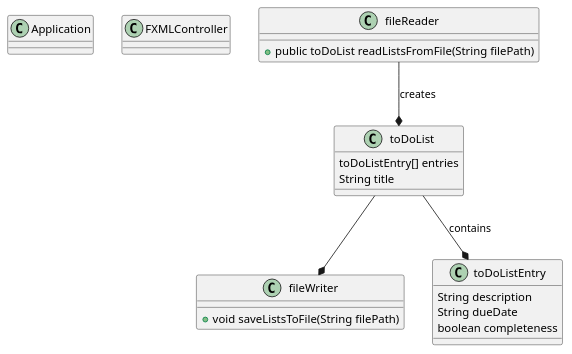
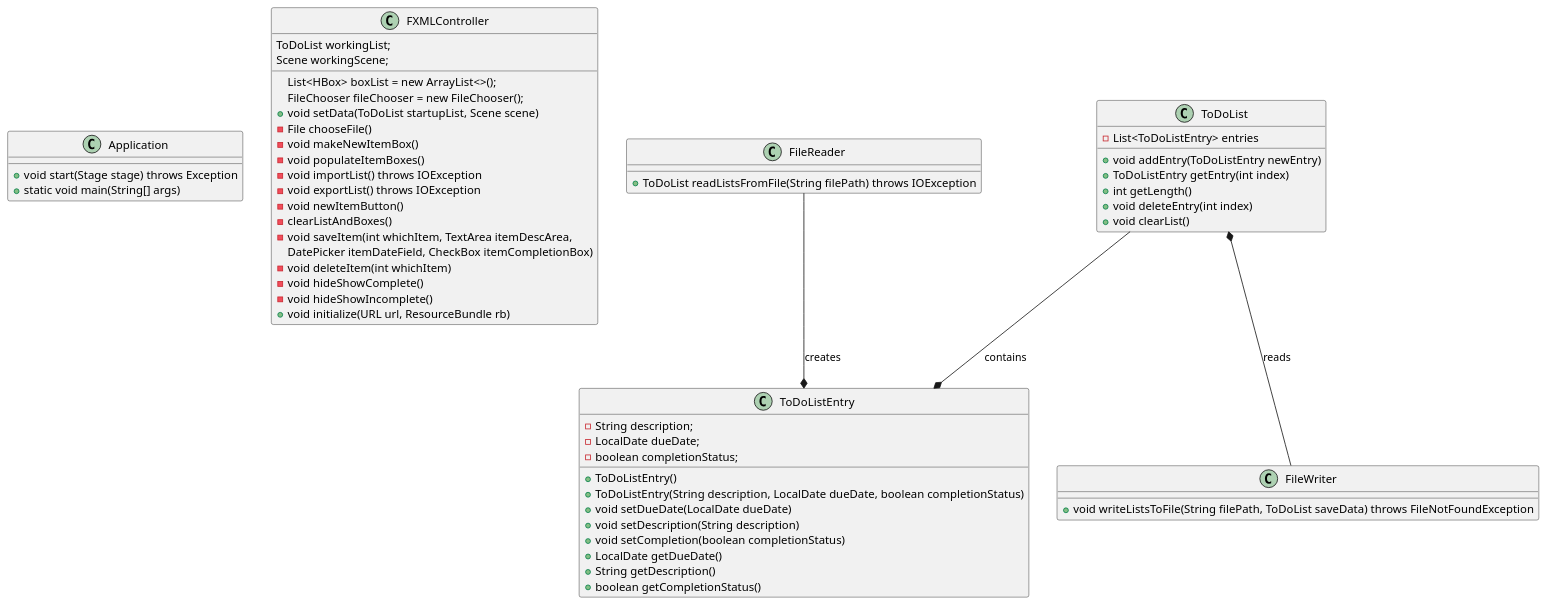
The diagram in docs/diagram.puml (DetrichLange/Lange-app1-impl), drawn with PlantUML before and after one commit. The commit also changed 7 other files, not shown here.

Commit message:
tests and uml

```diff
--- a/docs/diagram.puml
+++ b/docs/diagram.puml
@@ -1,33 +1,66 @@
 @startuml
 'https://plantuml.com/class-diagram
 
 class Application {
++void start(Stage stage) throws Exception
++static void main(String[] args)
 }
 
 class FXMLController {
+ToDoList workingList;
+List<HBox> boxList = new ArrayList<>();
+FileChooser fileChooser = new FileChooser();
+Scene workingScene;
+
++void setData(ToDoList startupList, Scene scene)
+-File chooseFile()
+-void makeNewItemBox()
+-void populateItemBoxes()
+-void importList() throws IOException
+-void exportList() throws IOException
+-void newItemButton()
+-clearListAndBoxes()
+-void saveItem(int whichItem, TextArea itemDescArea,
+DatePicker itemDateField, CheckBox itemCompletionBox)
+-void deleteItem(int whichItem)
+-void hideShowComplete()
+-void hideShowIncomplete()
++void initialize(URL url, ResourceBundle rb)
 }
 
-class fileReader {
-+public toDoList readListsFromFile(String filePath)
+class FileReader {
++ToDoList readListsFromFile(String filePath) throws IOException
 }
 
-class fileWriter {
-+void saveListsToFile(String filePath)
+class FileWriter {
++void writeListsToFile(String filePath, ToDoList saveData) throws FileNotFoundException
 }
 
-class toDoList {
-toDoListEntry[] entries
-String title
+class ToDoList {
+-List<ToDoListEntry> entries
++void addEntry(ToDoListEntry newEntry)
++ToDoListEntry getEntry(int index)
++int getLength()
++void deleteEntry(int index)
++void clearList()
 }
 
-class toDoListEntry {
-String description
-String dueDate
-boolean completeness
+class ToDoListEntry {
+-String description;
+-LocalDate dueDate;
+-boolean completionStatus;
++ToDoListEntry()
++ToDoListEntry(String description, LocalDate dueDate, boolean completionStatus)
++void setDueDate(LocalDate dueDate)
++void setDescription(String description)
++void setCompletion(boolean completionStatus)
++LocalDate getDueDate()
++String getDescription()
++boolean getCompletionStatus()
 }
 
-toDoList --* toDoListEntry: contains
-fileReader --* toDoList : creates
-toDoList --* fileWriter
+ToDoList --* ToDoListEntry: contains
+FileReader --* ToDoListEntry : creates
+ToDoList *-- FileWriter : reads
 
 @enduml
```
